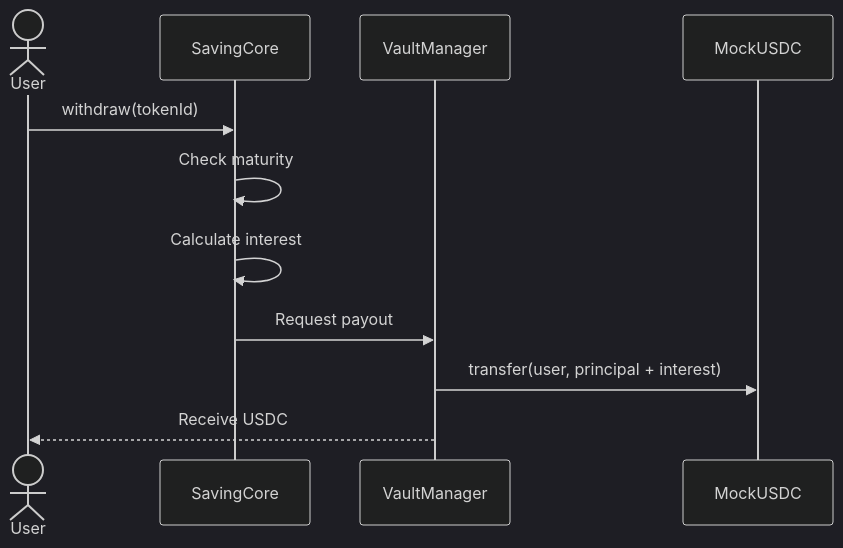
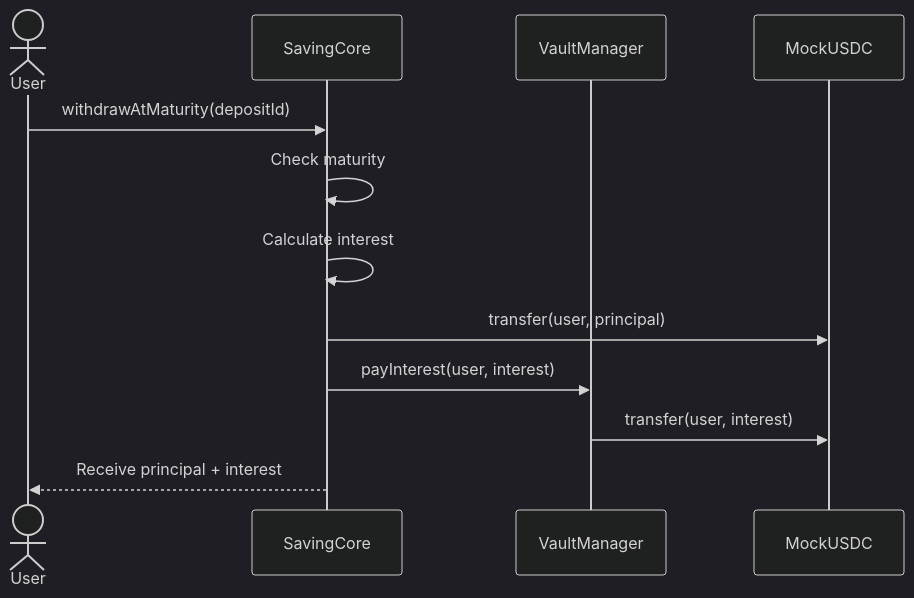
Before and after one commit to yang-sin-pal/AC_BlockChain_Online_Saving: the second of 6 diagrams in docs/sequence-diagram.md, drawn with Mermaid (dark theme). The commit also changed other lines of this file, not shown here.

Commit message:
fix: correct sequence diagrams for deposit and withdrawal processes; update method names and clarify fund handling

````diff
--- a/docs/sequence-diagram.md
+++ b/docs/sequence-diagram.md
@@ -33,17 +33,18 @@
 ```mermaid
 sequenceDiagram
     actor User
     participant Core as SavingCore
     participant Vault as VaultManager
     participant USDC as MockUSDC
 
-    User->>Core: withdraw(tokenId)
+    User->>Core: withdrawAtMaturity(depositId)
 
     Core->>Core: Check maturity
     Core->>Core: Calculate interest
 
-    Core->>Vault: Request payout
-    Vault->>USDC: transfer(user, principal + interest)
+    Core->>USDC: transfer(user, principal)
+    Core->>Vault: payInterest(user, interest)
+    Vault->>USDC: transfer(user, interest)
 
-    Vault-->>User: Receive USDC
+    Core-->>User: Receive principal + interest
 ```
````
